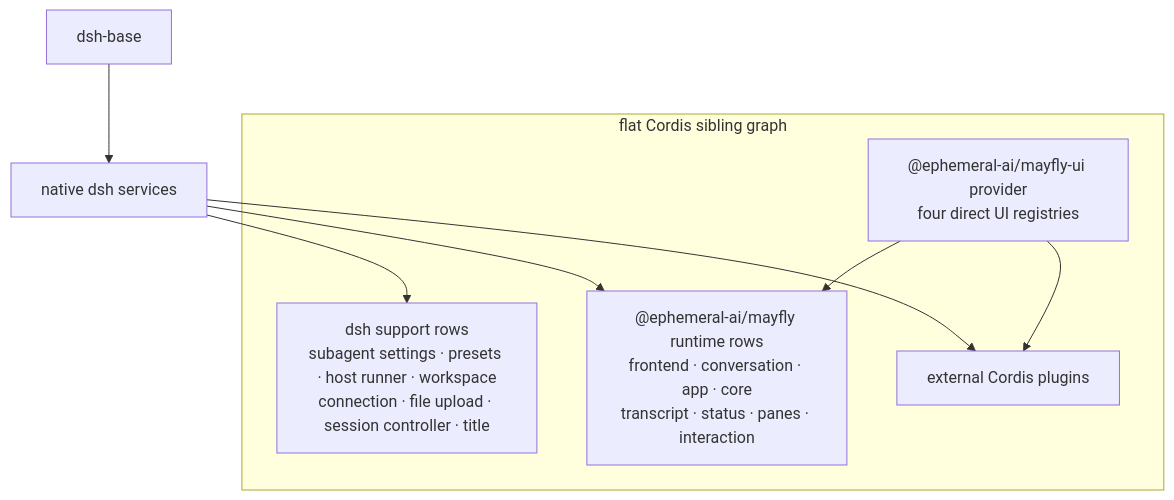
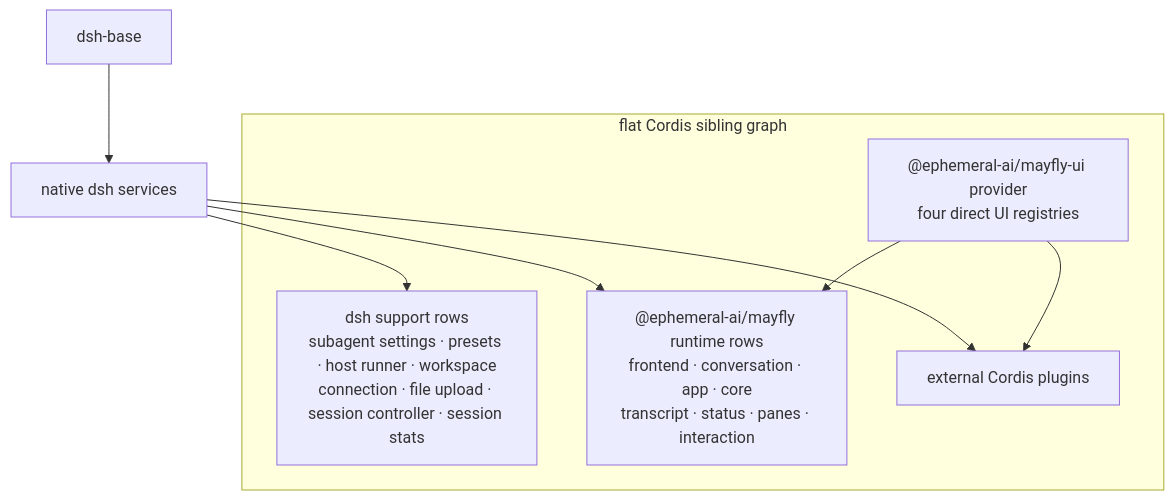
Before and after one commit to Ephemeral-AI-Lab/mayfly: the second of 2 diagrams in docs/mayfly-architecture.md, drawn with Mermaid. The commit also changed 56 other files, not shown here.

First line of the commit message:
feat: adopt dsh session naming, border title, single-line footer

````diff
--- a/docs/mayfly-architecture.md
+++ b/docs/mayfly-architecture.md
@@ -143,18 +143,18 @@
 ```mermaid
 flowchart TB
     BASE["dsh-base"]
     subgraph GRAPH["flat Cordis sibling graph"]
-        SUPPORT["dsh support rows<br/>subagent settings · presets · host runner · workspace<br/>connection · file upload · session controller · title"]
+        SUPPORT["dsh support rows<br/>subagent settings · presets · host runner · workspace<br/>connection · file upload · session controller · session stats"]
         UI["@ephemeral-ai/mayfly-ui provider<br/>four direct UI registries"]
         RUNTIME["@ephemeral-ai/mayfly runtime rows<br/>frontend · conversation · app · core<br/>transcript · status · panes · interaction"]
         PLUGINS["external Cordis plugins"]
     end
     NATIVE["native dsh services"]
 
     BASE --> NATIVE
     NATIVE --> SUPPORT
     NATIVE --> RUNTIME
     NATIVE --> PLUGINS
     UI --> RUNTIME
     UI --> PLUGINS
 ```
````
